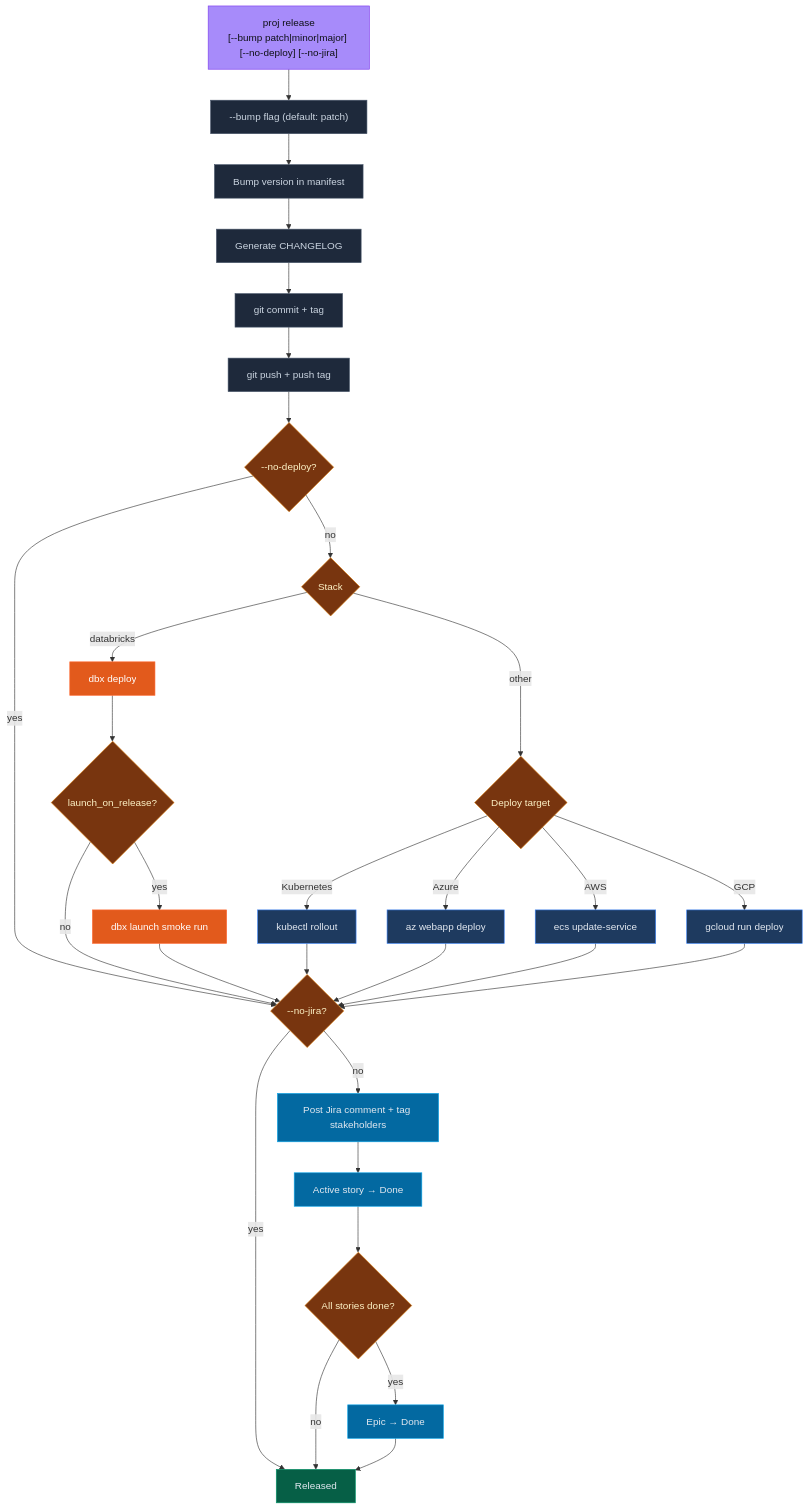
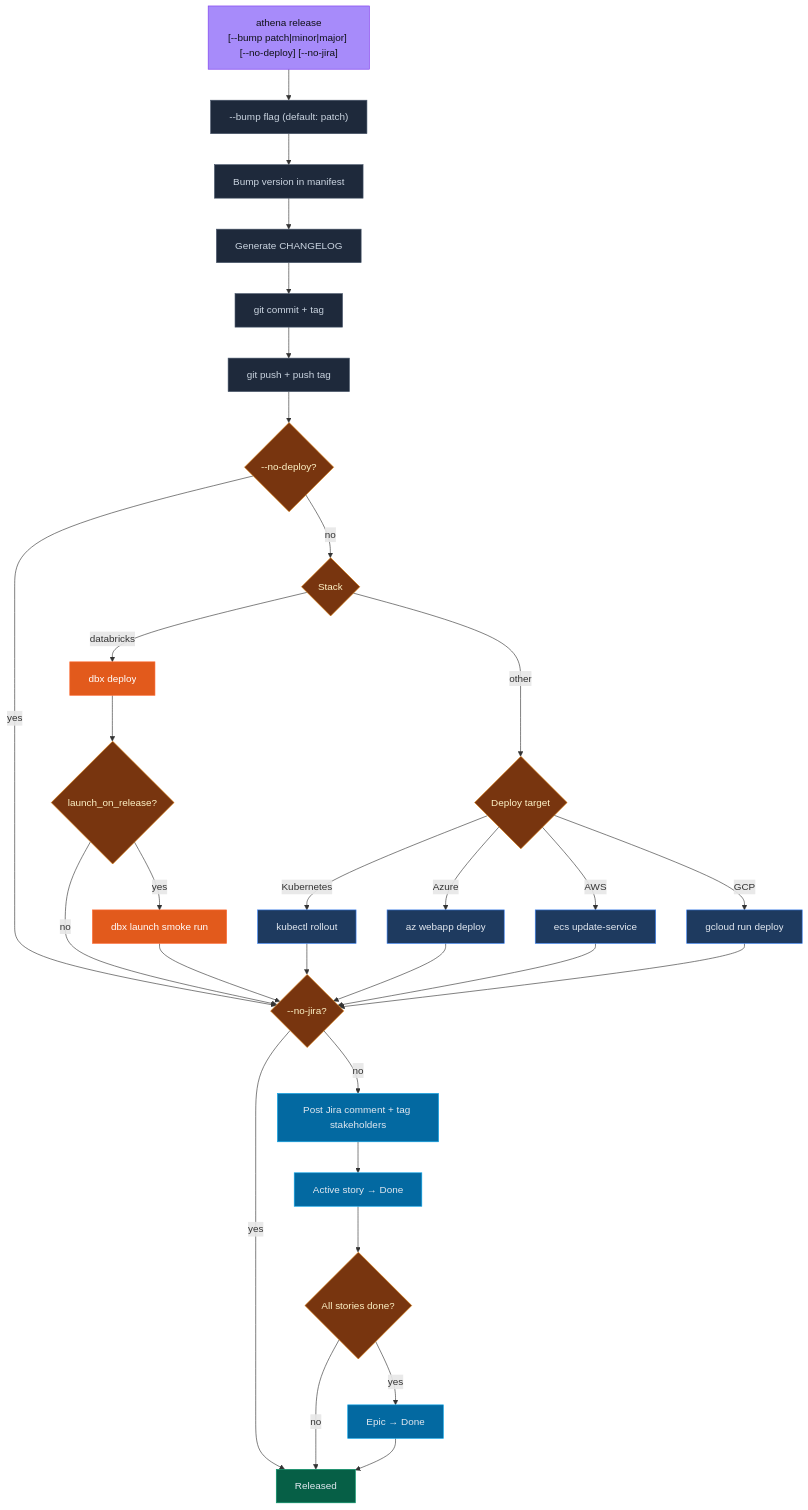
Before and after one commit to erosrage/Athena: the sixth of 7 diagrams in README.md, drawn with Mermaid. The commit also changed other lines of this file and 23 other files, not shown here.

````diff
--- a/README.md
+++ b/README.md
@@ -215,37 +215,37 @@
 ```mermaid
 flowchart TD
-    A["proj release\n[--bump patch|minor|major] [--no-deploy] [--no-jira]"]:::entry
+    A["athena release\n[--bump patch|minor|major] [--no-deploy] [--no-jira]"]:::entry
     A --> B["--bump flag (default: patch)"]:::action
     B --> C["Bump version in manifest"]:::action
     C --> D["Generate CHANGELOG"]:::action
     D --> E["git commit + tag"]:::action
     E --> F["git push + push tag"]:::action
     F --> ND{"--no-deploy?"}:::decision
     ND -->|"yes"| NJ
     ND -->|"no"| ST{"Stack"}:::decision
     ST -->|"databricks"| DB1["dbx deploy"]:::dbx
     DB1 --> DB2{"launch_on_release?"}:::decision
     DB2 -->|"yes"| DB3["dbx launch smoke run"]:::dbx
     DB2 -->|"no"| NJ
     DB3 --> NJ
     ST -->|"other"| G{"Deploy target"}:::decision
     G -->|"Kubernetes"| H1["kubectl rollout"]:::deploy
     G -->|"Azure"| H2["az webapp deploy"]:::deploy
     G -->|"AWS"| H3["ecs update-service"]:::deploy
     G -->|"GCP"| H4["gcloud run deploy"]:::deploy
     H1 & H2 & H3 & H4 --> NJ{"--no-jira?"}:::decision
     NJ -->|"yes"| Z["Released"]:::done
     NJ -->|"no"| JC["Post Jira comment + tag stakeholders"]:::jira
     JC --> JS["Active story → Done"]:::jira
     JS --> JE{"All stories done?"}:::decision
     JE -->|"yes"| JED["Epic → Done"]:::jira
     JE -->|"no"| Z
     JED --> Z
     classDef entry fill:#a78bfa,stroke:#7c3aed,color:#0f1117
     classDef action fill:#1e293b,stroke:#475569,color:#cbd5e1
     classDef decision fill:#78350f,stroke:#d97706,color:#fef3c7
     classDef deploy fill:#1e3a5f,stroke:#3b82f6,color:#e2e8f0
     classDef done fill:#065f46,stroke:#059669,color:#e2e8f0
     classDef dbx fill:#e25a1c,stroke:#ff6b35,color:#fff
     classDef jira fill:#0369a1,stroke:#0ea5e9,color:#e2e8f0
 ```
````
